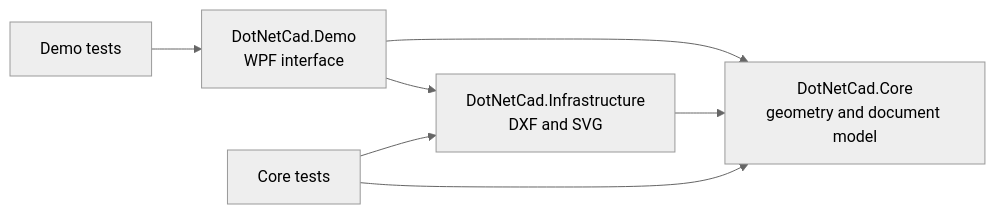
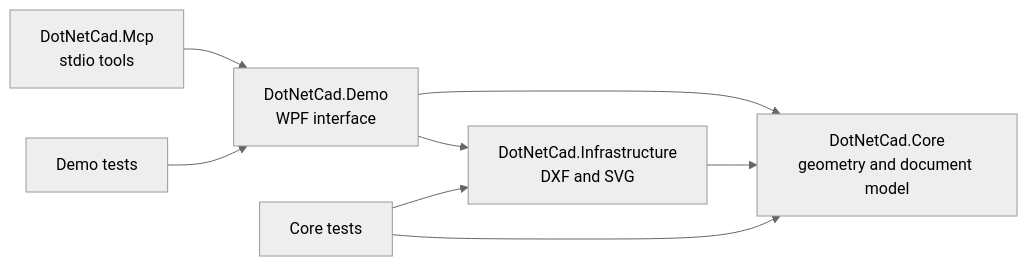
The diagram in README.md (led-21/DotNetCadEngine), drawn with Mermaid (neutral theme) before and after one commit. The commit also changed other lines of this file and 13 other files, not shown here.

Commit message:
feat: add MCP support and interactive CAD console to the WPF demo app

````diff
--- a/README.md
+++ b/README.md
@@ -52,9 +87,10 @@
 ```mermaid
 flowchart LR
     Demo[DotNetCad.Demo<br/>WPF interface] --> Core[DotNetCad.Core<br/>geometry and document model]
     Demo --> Infra[DotNetCad.Infrastructure<br/>DXF and SVG]
+    Mcp[DotNetCad.Mcp<br/>stdio tools] --> Demo
     Infra --> Core
     CoreTests[Core tests] --> Core
     CoreTests --> Infra
     DemoTests[Demo tests] --> Demo
 ```
````
